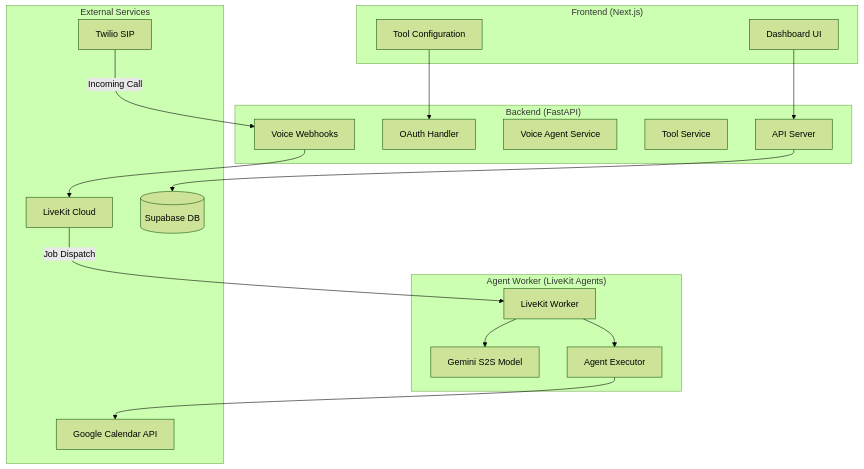
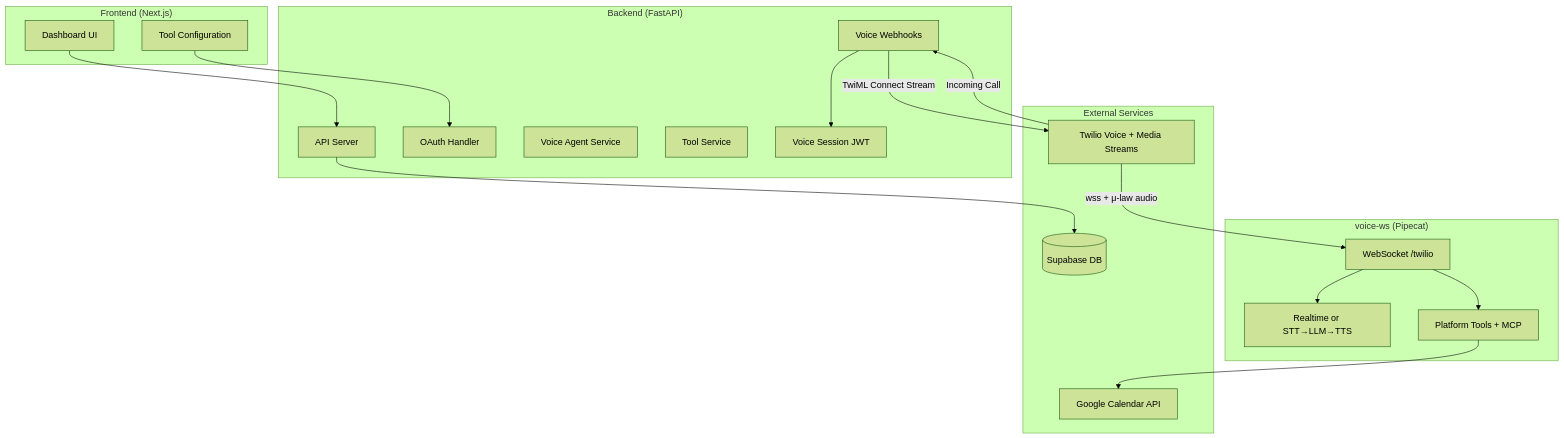
One commit to gauravdhiman/a1-voice-agent-platform changed the first of 3 diagrams in docs/01_architecture/twilio_call_flow.md. Above: the diagram before and after it, drawn with Mermaid (forest theme). The commit also changed other lines of this file and 163 other files, not shown here.

Commit message:
feat(voice): remove LiveKit worker; Pipecat voice-ws is the only voice runtime

````diff
--- a/docs/01_architecture/twilio_call_flow.md
+++ b/docs/01_architecture/twilio_call_flow.md
@@ -9,38 +9,39 @@
 ```mermaid
 graph TD
     subgraph "Frontend (Next.js)"
         UI[Dashboard UI]
         ToolConfig[Tool Configuration]
     end
 
     subgraph "Backend (FastAPI)"
         API[API Server]
         Auth[OAuth Handler]
         AgentSvc[Voice Agent Service]
         ToolSvc[Tool Service]
         VoiceRoutes[Voice Webhooks]
+        SessionSvc[Voice Session JWT]
     end
 
-    subgraph "Agent Worker (LiveKit Agents)"
-        Worker[LiveKit Worker]
-        Gemini[Gemini S2S Model]
-        Executor[Agent Executor]
+    subgraph "voice-ws (Pipecat)"
+        WS[WebSocket /twilio]
+        Pipeline[Realtime or STT→LLM→TTS]
+        Tools[Platform Tools + MCP]
     end
 
     subgraph "External Services"
-        Twilio[Twilio SIP]
-        LK[LiveKit Cloud]
+        Twilio[Twilio Voice + Media Streams]
         Google[Google Calendar API]
         DB[(Supabase DB)]
     end
 
     UI --> API
     API --> DB
     ToolConfig --> Auth
     Twilio -- Incoming Call --> VoiceRoutes
-    VoiceRoutes --> LK
-    LK -- Job Dispatch --> Worker
-    Worker --> Gemini
-    Worker --> Executor
-    Executor --> Google
+    VoiceRoutes --> SessionSvc
+    VoiceRoutes -- TwiML Connect Stream --> Twilio
+    Twilio -- wss + μ-law audio --> WS
+    WS --> Pipeline
+    WS --> Tools
+    Tools --> Google
 ```
````
